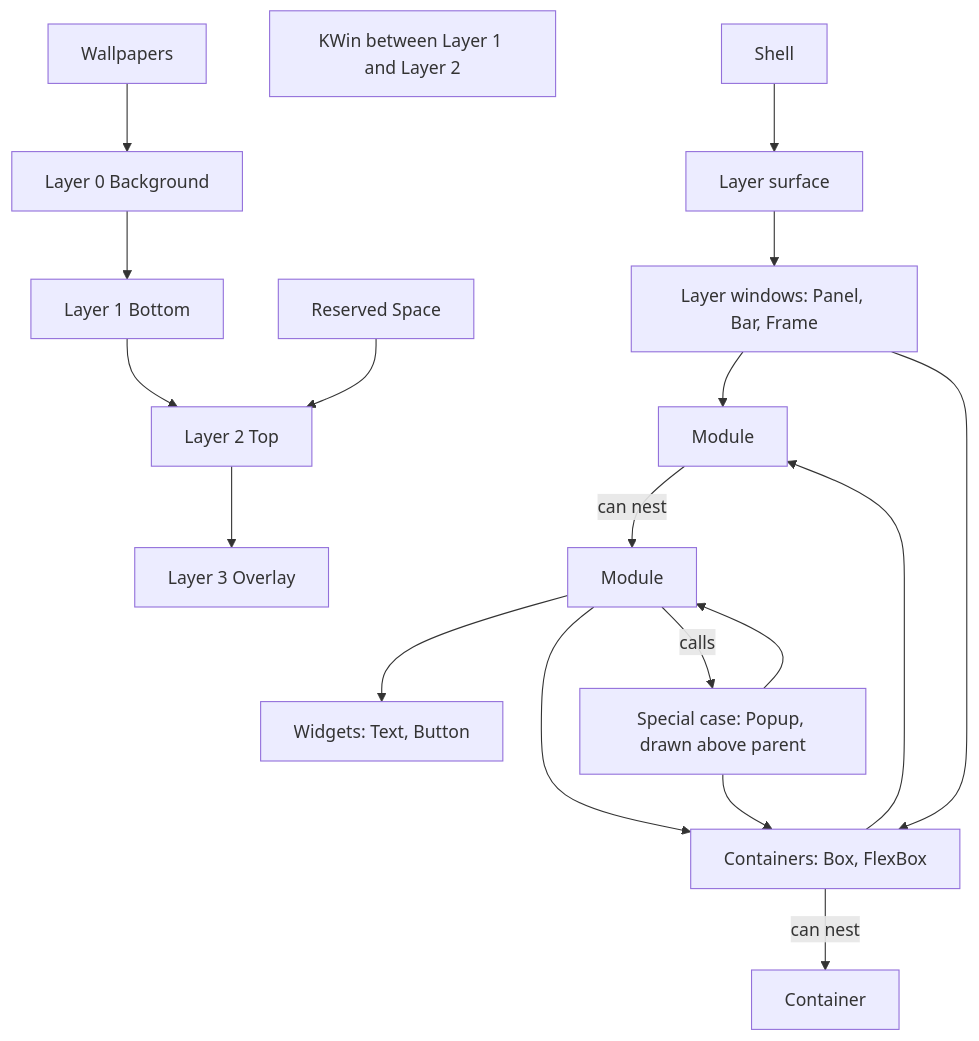
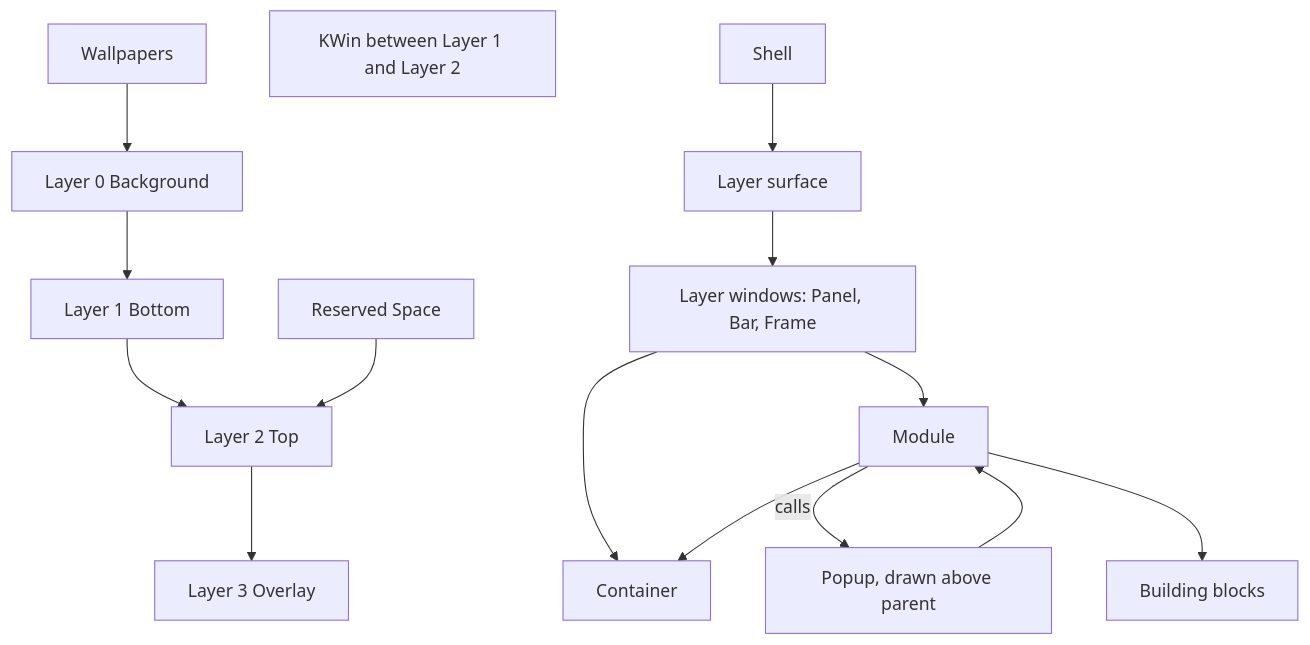
One commit to mindderivative/tess-shell changed the diagram in 20 Architecture/Shell Structure.md. Above: the diagram before and after it, drawn with Mermaid. The commit also changed other lines of this file and 5 other files, not shown here.

Commit message:
Check the updated flow diagram (Building Blocks and Modules groups); rewrite Shell Structure; add Checkbox

````diff
--- a/20 Architecture/Shell Structure.md
+++ b/20 Architecture/Shell Structure.md
@@ -23,21 +23,17 @@
 ```mermaid
 flowchart TB
     wall[Wallpapers] --> l0[Layer 0 Background]
     l0 --> l1[Layer 1 Bottom]
     l1 --> l2[Layer 2 Top]
     l2 --> l3[Layer 3 Overlay]
     res[Reserved Space] --> l2
     kwin[KWin between Layer 1 and Layer 2]
     shell[Shell] --> layers[Layer surface]
     layers --> lw[Layer windows: Panel, Bar, Frame]
-    lw --> mod1[Module]
-    lw --> cont[Containers: Box, FlexBox]
-    cont -->|can nest| cont2[Container]
-    cont --> mod1
-    mod1 -->|can nest| mod2[Module]
-    mod2 --> widgets[Widgets: Text, Button]
-    mod2 --> cont
-    mod2 -->|calls| pop[Special case: Popup, drawn above parent]
-    pop --> cont
-    pop --> mod2
+    lw --> mod[Module]
+    lw --> cont[Container]
+    mod --> cont
+    mod -->|calls| pop[Popup, drawn above parent]
+    pop --> mod
+    mod --> blocks[Building blocks]
 ```
````
